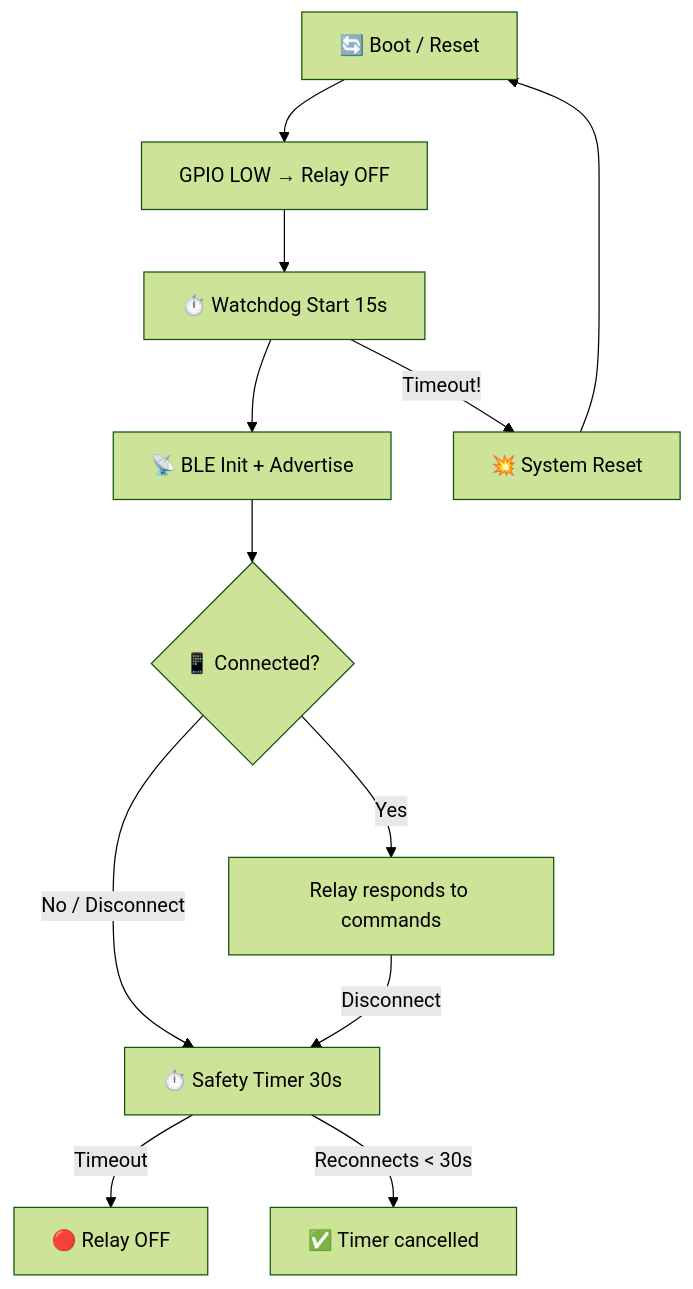
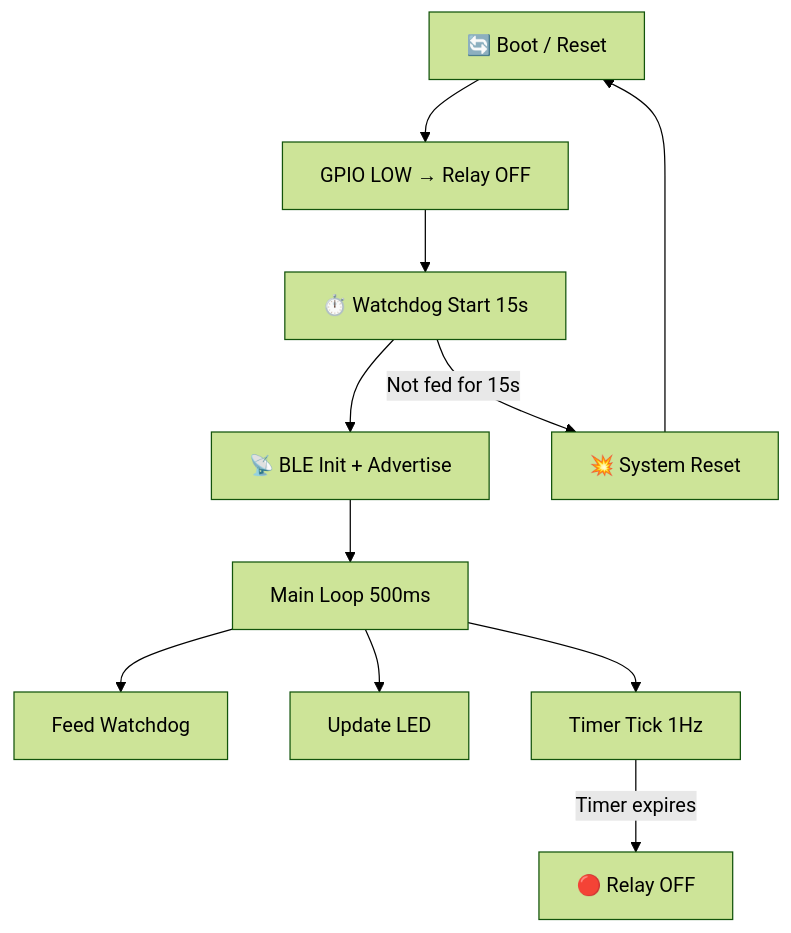
The third of 3 diagrams in docs/architecture-firmware.md (vabarcaPWR/xiao-remote-button), drawn with Mermaid (forest theme) before and after one commit. The commit also changed other lines of this file and 1 other file, not shown here.

````diff
--- a/docs/architecture-firmware.md
+++ b/docs/architecture-firmware.md
@@ -139,17 +165,15 @@
 ```mermaid
 flowchart TD
     BOOT[🔄 Boot / Reset] --> GPIO_LOW[GPIO LOW → Relay OFF]
     GPIO_LOW --> WDT[⏱️ Watchdog Start 15s]
     WDT --> BLE_INIT[📡 BLE Init + Advertise]
-    BLE_INIT --> CONNECTED{📱 Connected?}
+    BLE_INIT --> LOOP[Main Loop 500ms]
 
-    CONNECTED -->|Yes| CMD[Relay responds to commands]
-    CONNECTED -->|No / Disconnect| TIMER[⏱️ Safety Timer 30s]
+    LOOP --> FEED[Feed Watchdog]
+    LOOP --> LED[Update LED]
+    LOOP --> TICK[Timer Tick 1Hz]
 
-    TIMER -->|Timeout| RELAY_OFF[🔴 Relay OFF]
-    TIMER -->|Reconnects < 30s| CANCEL[✅ Timer cancelled]
-
-    CMD -->|Disconnect| TIMER
-    WDT -->|Timeout!| RESET[💥 System Reset]
+    TICK -->|Timer expires| RELAY_OFF[🔴 Relay OFF]
+    WDT -->|Not fed for 15s| RESET[💥 System Reset]
     RESET --> BOOT
 ```
````
